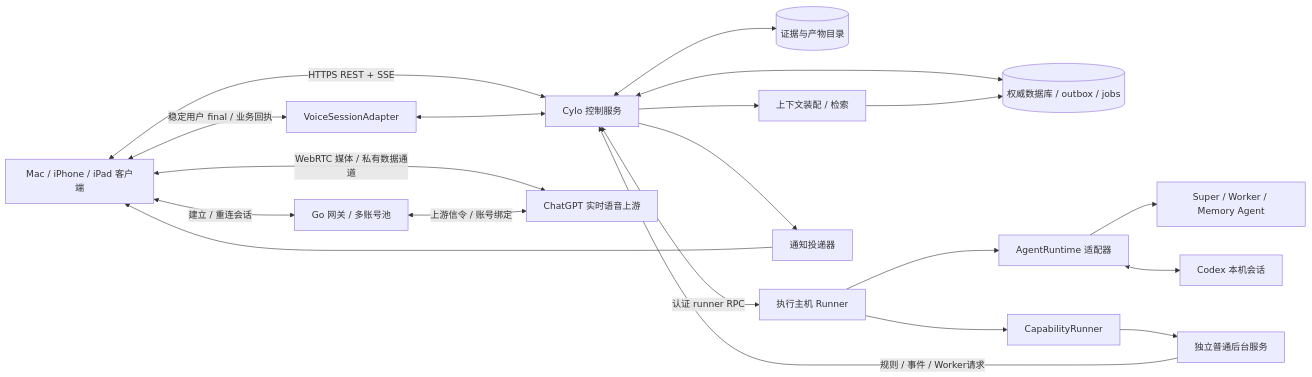
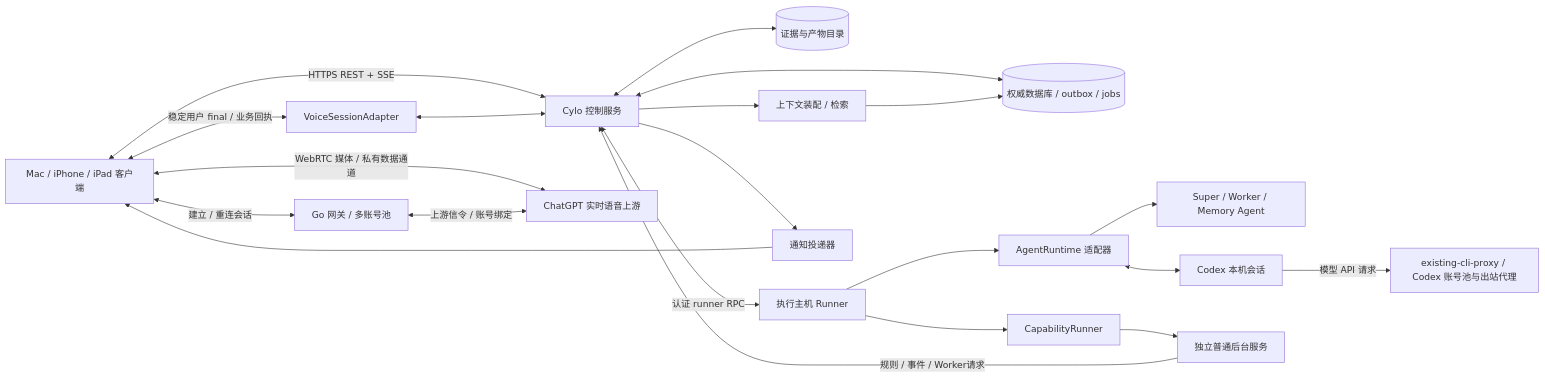
Before and after one commit to ronigooja/Cylo: the first of 3 diagrams in docs/research/04-architecture.md, drawn with Mermaid. The commit also changed other lines of this file and 3 other files, not shown here.

Commit message:
docs: reuse existing CLIProxyAPI in AO deployment architecture

````diff
--- a/docs/research/04-architecture.md
+++ b/docs/research/04-architecture.md
@@ -23,22 +24,23 @@
 ```mermaid
 flowchart LR
   PWA[Mac / iPhone / iPad 客户端] <-->|HTTPS REST + SSE| CP[Cylo 控制服务]
   PWA <-->|WebRTC 媒体 / 私有数据通道| UP[ChatGPT 实时语音上游]
   PWA <-->|建立 / 重连会话| GW[Go 网关 / 多账号池]
   GW <-->|上游信令 / 账号绑定| UP
   PWA <-->|稳定用户 final / 业务回执| VP[VoiceSessionAdapter]
   VP <--> CP
   CP <--> DB[(权威数据库 / outbox / jobs)]
   CP <--> OBJ[(证据与产物目录)]
   CP --> CTX[上下文装配 / 检索]
   CTX --> DB
   CP <-->|认证 runner RPC| R[执行主机 Runner]
   R --> AR[AgentRuntime 适配器]
   AR --> S[Super / Worker / Memory Agent]
   AR <--> CX[Codex 本机会话]
+  CX -->|模型 API 请求| PX[existing-cli-proxy / Codex 账号池与出站代理]
   R --> CR[CapabilityRunner]
   CR --> SV[独立普通后台服务]
   SV -->|规则 / 事件 / Worker请求| CP
   CP --> PN[通知投递器]
   PN --> PWA
 ```
````
